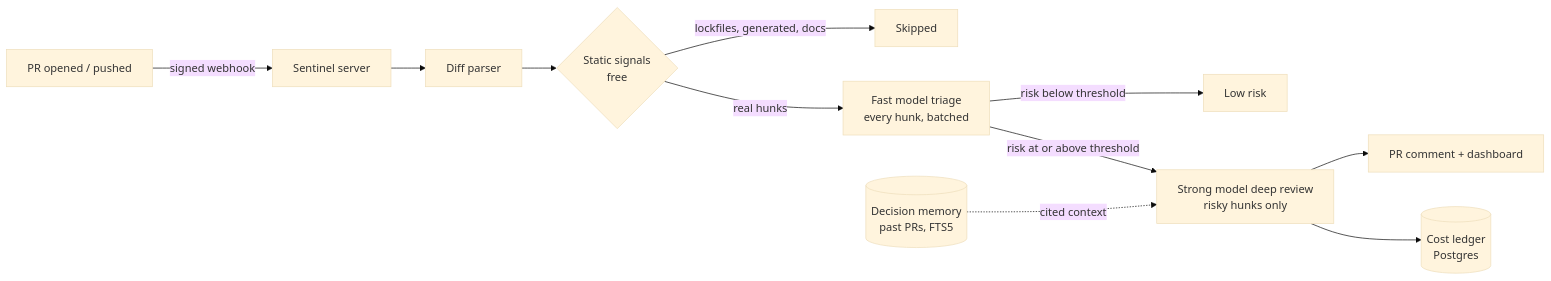
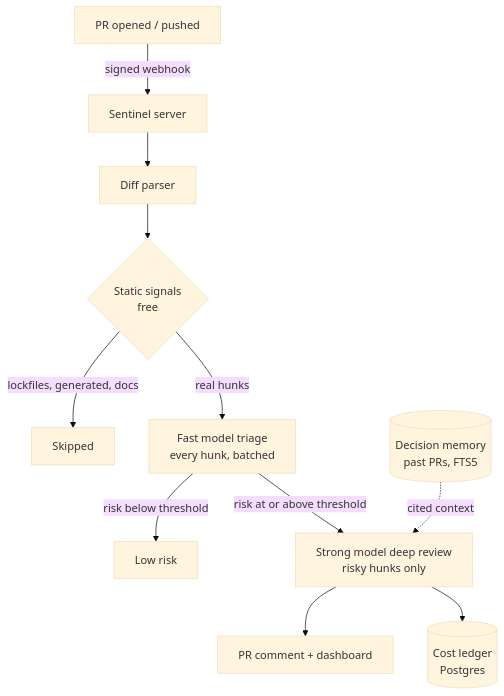
Before and after one commit to Viratgupta13/sentinel: the diagram in README.md, drawn with Mermaid (base theme).

Commit message:
README: top-down pipeline diagram (readable at README width)

````diff
--- a/README.md
+++ b/README.md
@@ -25,13 +25,13 @@
 ```mermaid
-flowchart LR
+flowchart TD
     PR[PR opened / pushed] -->|signed webhook| S[Sentinel server]
     S --> D[Diff parser]
     D --> ST{Static signals<br/>free}
     ST -->|lockfiles, generated, docs| SK[Skipped]
     ST -->|real hunks| T[Fast model triage<br/>every hunk, batched]
     T -->|risk below threshold| OK[Low risk]
     T -->|risk at or above threshold| R[Strong model deep review<br/>risky hunks only]
     M[(Decision memory<br/>past PRs, FTS5)] -.->|cited context| R
     R --> C[PR comment + dashboard]
     R --> L[(Cost ledger<br/>Postgres)]
 ```
````
